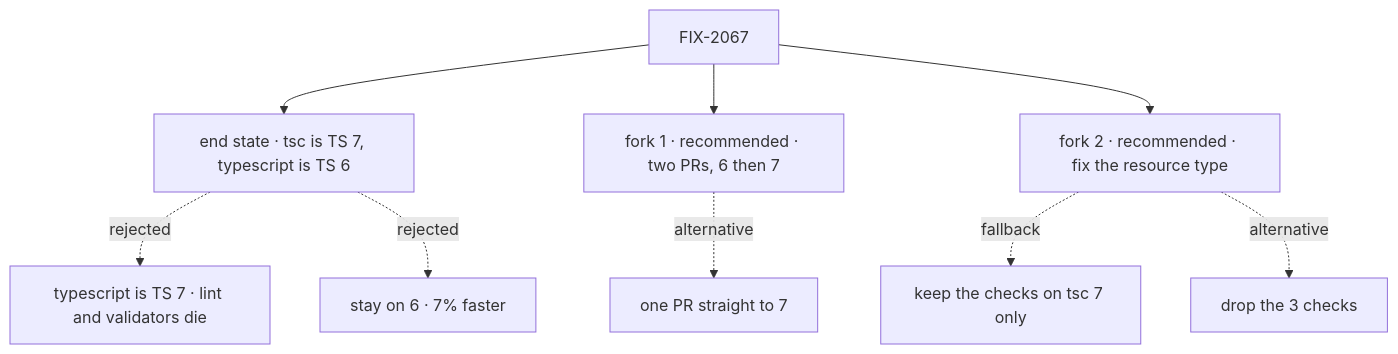
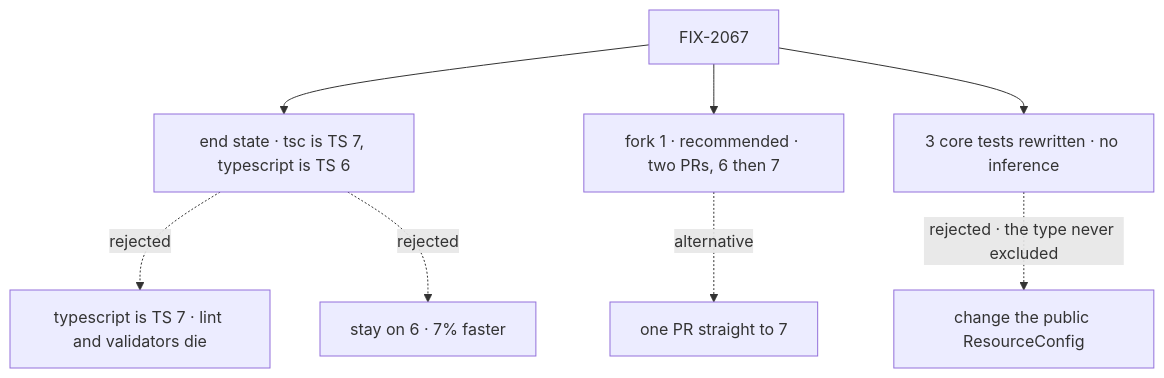
The diagram in specs/issues/FIX-2067/DECISIONS.md (fixpoint-labs/flow-state-dev), drawn with Mermaid before and after one commit. The commit also changed other lines of this file and 3 other files, not shown here.

````diff
--- a/specs/issues/FIX-2067/DECISIONS.md
+++ b/specs/issues/FIX-2067/DECISIONS.md
@@ -10,11 +10,10 @@
 ```mermaid
 flowchart TD
   I["FIX-2067"] --> E["end state · tsc is TS 7, typescript is TS 6"]
   E -.->|"rejected"| X1["typescript is TS 7 · lint and validators die"]
   E -.->|"rejected"| X2["stay on 6 · 7% faster"]
   I --> O1["fork 1 · recommended · two PRs, 6 then 7"]
   O1 -.->|"alternative"| Y1["one PR straight to 7"]
-  I --> O2["fork 2 · recommended · fix the resource type"]
-  O2 -.->|"fallback"| Y3["keep the checks on tsc 7 only"]
-  O2 -.->|"alternative"| Y2["drop the 3 checks"]
+  I --> T["3 core tests rewritten · no inference"]
+  T -.->|"rejected · the type never excluded"| Y2["change the public ResourceConfig"]
 ```
````
